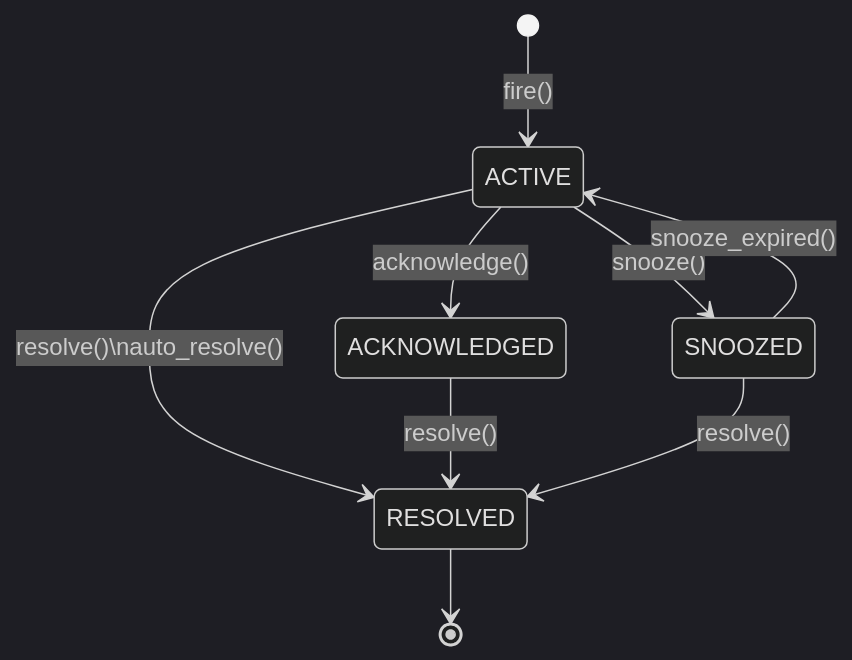
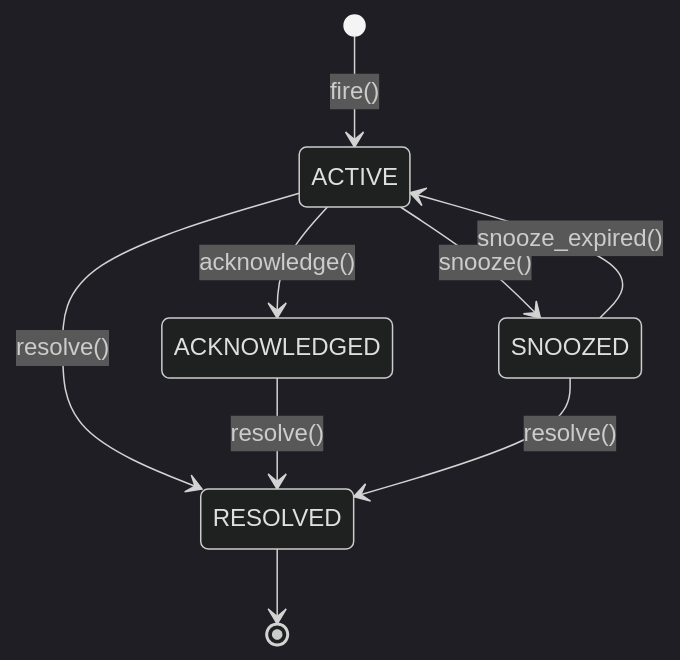
One commit to Abhishekkumar2021/Pravah changed the ninth of 9 diagrams in docs/lld/03-state-machines.md. Above: the diagram before and after it, drawn with Mermaid (dark theme). The commit also changed other lines of this file and 4 other files, not shown here.

First line of the commit message:
docs: rewrite README with Mermaid diagrams and fix LLD documentation

````diff
--- a/docs/lld/03-state-machines.md
+++ b/docs/lld/03-state-machines.md
@@ -401,15 +408,15 @@
 ```mermaid
 stateDiagram-v2
     [*] --> ACTIVE : fire()
     
     ACTIVE --> ACKNOWLEDGED : acknowledge()
     ACTIVE --> SNOOZED : snooze()
-    ACTIVE --> RESOLVED : resolve()\nauto_resolve()
+    ACTIVE --> RESOLVED : resolve()
     
     ACKNOWLEDGED --> RESOLVED : resolve()
     
     SNOOZED --> ACTIVE : snooze_expired()
     SNOOZED --> RESOLVED : resolve()
     
     RESOLVED --> [*]
 ```
````
